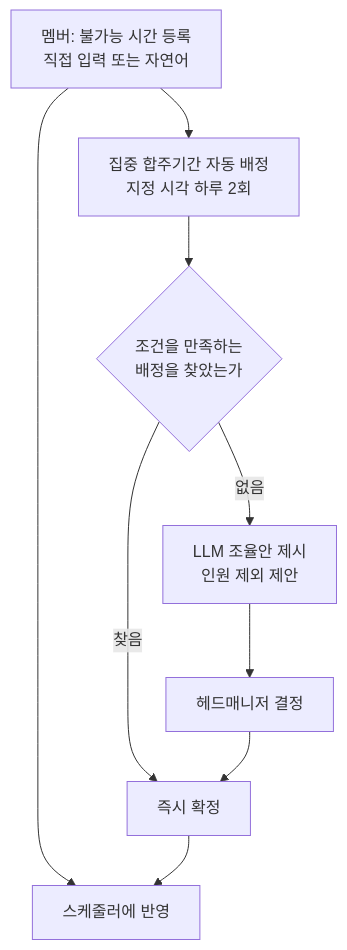
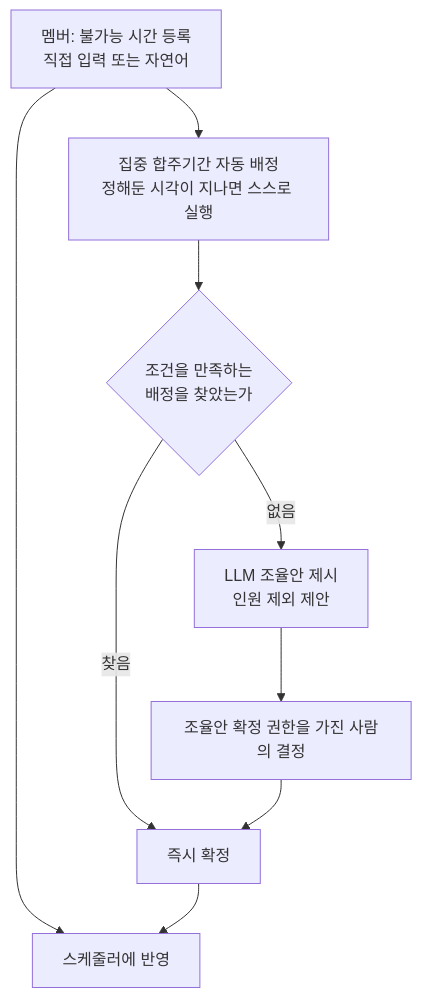
One commit to minkong-dev/Banblit changed the diagram in .cluedoc/README.md. Above: the diagram before and after it, drawn with Mermaid. The commit also changed other lines of this file and 11 other files, not shown here.

````diff
--- a/.cluedoc/README.md
+++ b/.cluedoc/README.md
@@ -8,11 +8,11 @@
 ```mermaid
 flowchart TD
     M[멤버: 불가능 시간 등록<br/>직접 입력 또는 자연어] --> S[스케줄러에 반영]
-    M --> AA[집중 합주기간 자동 배정<br/>지정 시각 하루 2회]
+    M --> AA[집중 합주기간 자동 배정<br/>정해둔 시각이 지나면 스스로 실행]
     AA --> Q{조건을 만족하는<br/>배정을 찾았는가}
     Q -->|찾음| C[즉시 확정]
     Q -->|없음| L[LLM 조율안 제시<br/>인원 제외 제안]
-    L --> H[헤드매니저 결정]
+    L --> H[조율안 확정 권한을 가진 사람의 결정]
     H --> C
     C --> S
 ```
````
